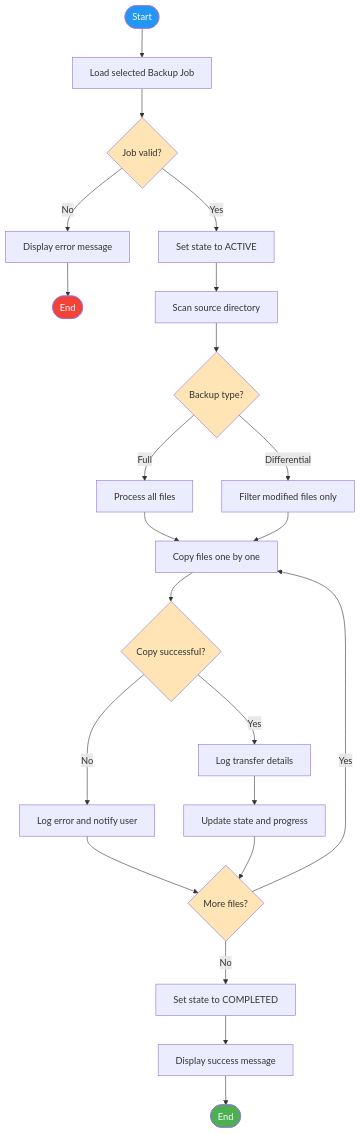
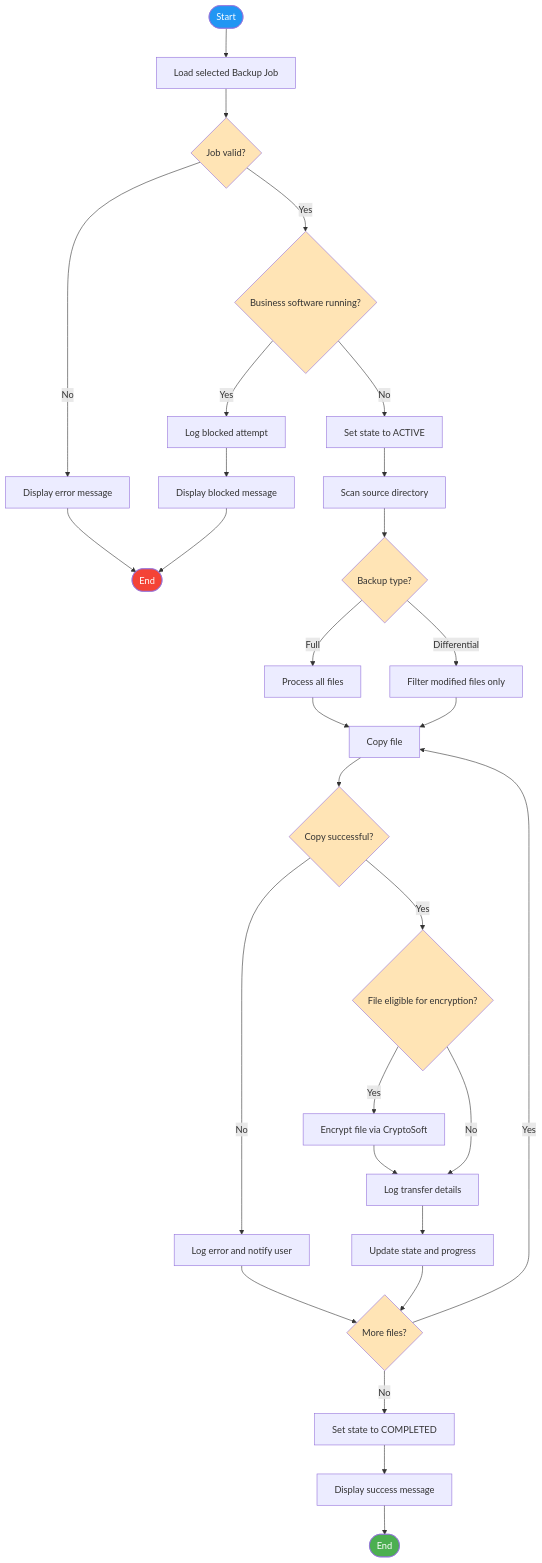
Before and after one commit to Groupe1-Prosoft/EasySave: the eighth of 8 diagrams in Diagrams/UML.md, drawn with Mermaid. The commit also changed other lines of this file, not shown here.

First line of the commit message:
Revise UML diagrams for EasySave 2.0

````diff
--- a/Diagrams/UML.md
+++ b/Diagrams/UML.md
@@ -338,44 +395,57 @@
 ```mermaid
 flowchart TD
     Start([Start]) --> LoadJob[Load selected Backup Job]
 
     LoadJob --> ValidateJob{Job valid?}
 
     ValidateJob -->|No| DisplayError[Display error message]
     DisplayError --> EndFail([End])
 
-    ValidateJob -->|Yes| SetActive[Set state to ACTIVE]
+    ValidateJob -->|Yes| CheckBusiness{Business software running?}
+
+    CheckBusiness -->|Yes| LogBlock[Log blocked attempt]
+    LogBlock --> DisplayBlocked[Display blocked message]
+    DisplayBlocked --> EndFail
+
+    CheckBusiness -->|No| SetActive[Set state to ACTIVE]
 
     SetActive --> ScanSource[Scan source directory]
 
     ScanSource --> CheckType{Backup type?}
 
     CheckType -->|Full| ProcessAll[Process all files]
     CheckType -->|Differential| FilterModified[Filter modified files only]
 
     ProcessAll --> CopyLoop
     FilterModified --> CopyLoop
 
-    CopyLoop[Copy files one by one] --> CopyResult{Copy successful?}
+    CopyLoop[Copy file] --> CopyResult{Copy successful?}
 
     CopyResult -->|No| HandleError[Log error and notify user]
     HandleError --> MoreFiles
 
-    CopyResult -->|Yes| LogFile[Log transfer details]
+    CopyResult -->|Yes| CheckEncrypt{File eligible for encryption?}
+
+    CheckEncrypt -->|Yes| Encrypt[Encrypt file via CryptoSoft]
+    Encrypt --> LogFile[Log transfer details]
+    CheckEncrypt -->|No| LogFile
+
     LogFile --> UpdateProgress[Update state and progress]
     UpdateProgress --> MoreFiles{More files?}
 
     MoreFiles -->|Yes| CopyLoop
     MoreFiles -->|No| SetCompleted[Set state to COMPLETED]
 
     SetCompleted --> DisplaySuccess[Display success message]
     DisplaySuccess --> EndSuccess([End])
 
     style Start fill:#2196F3,color:#fff
     style EndFail fill:#f44336,color:#fff
     style EndSuccess fill:#4CAF50,color:#fff
     style ValidateJob fill:#FFE4B5
+    style CheckBusiness fill:#FFE4B5
     style CheckType fill:#FFE4B5
     style CopyResult fill:#FFE4B5
+    style CheckEncrypt fill:#FFE4B5
     style MoreFiles fill:#FFE4B5
 ```
````
